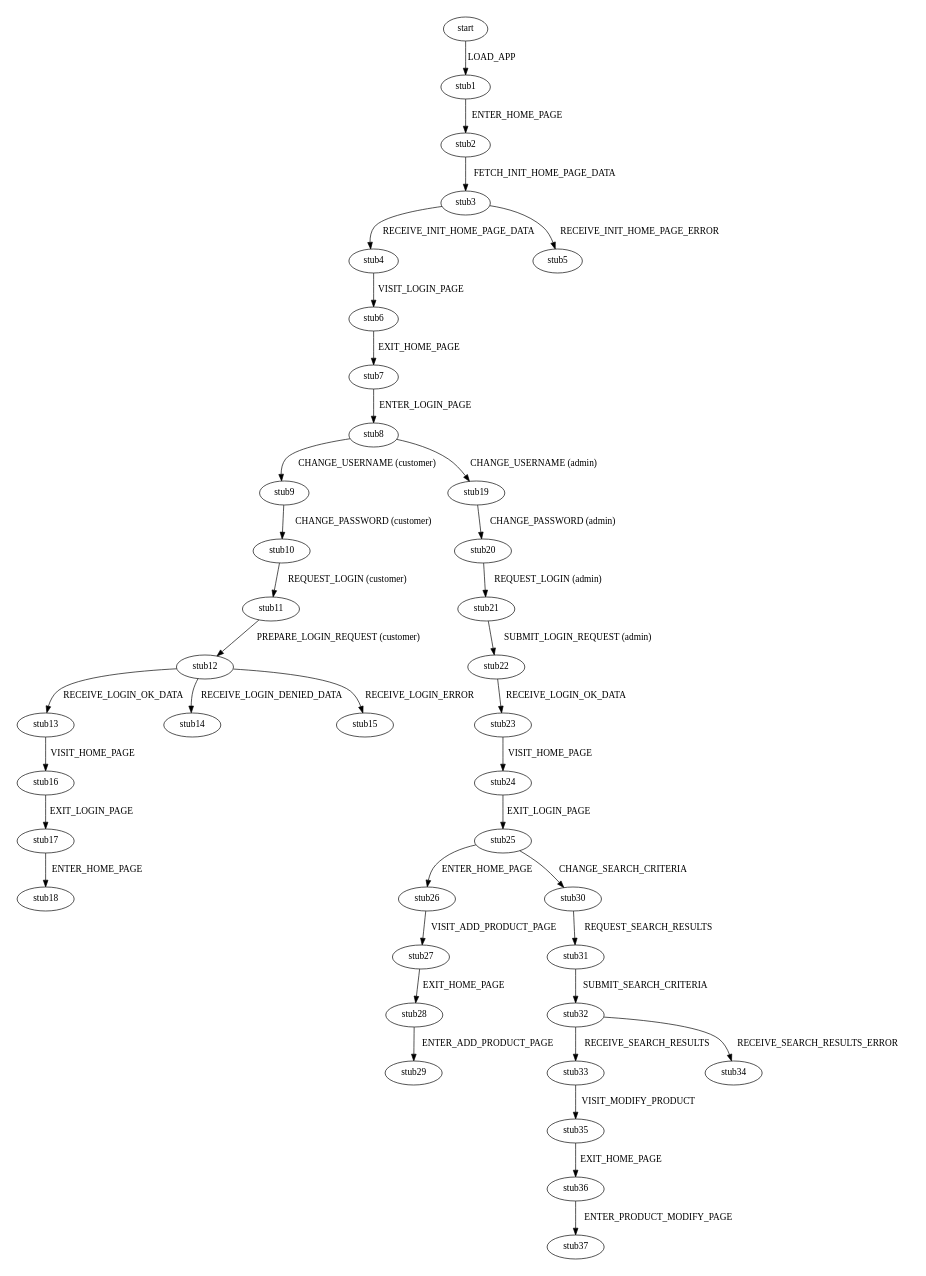
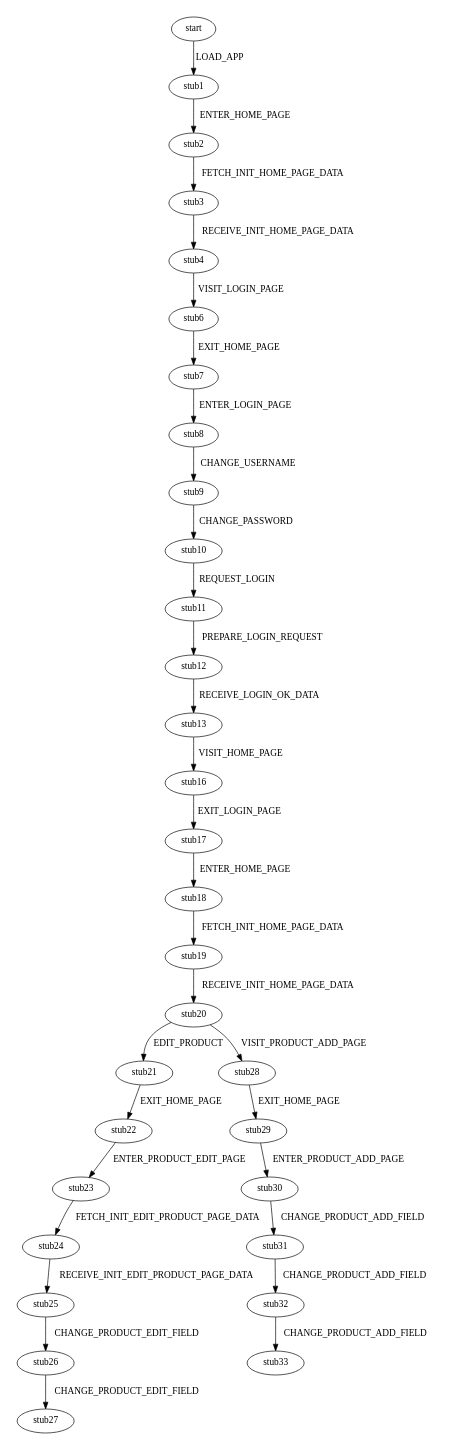
The diagram in src/stubs/graph.dot (supalogix/react-ecommerce-example), drawn with Graphviz before and after one commit. The commit also changed 29 other files, not shown here.

Commit message:
Add product edit feature

```diff
--- a/src/stubs/graph.dot
+++ b/src/stubs/graph.dot
@@ -1,42 +1,34 @@
 digraph finite_state_machine {
     pad = 0.25
 
     start -> stub1 [ label = "LOAD_APP" ]
     stub1 -> stub2 [ label = "ENTER_HOME_PAGE" ]
     stub2 -> stub3 [ label = "FETCH_INIT_HOME_PAGE_DATA" ]
     stub3 -> stub4 [ label = "RECEIVE_INIT_HOME_PAGE_DATA" ]
-    stub3 -> stub5 [ label = "RECEIVE_INIT_HOME_PAGE_ERROR" ]
     stub4 -> stub6 [ label = "VISIT_LOGIN_PAGE" ]
     stub6 -> stub7 [ label = "EXIT_HOME_PAGE" ]
     stub7 -> stub8 [ label = "ENTER_LOGIN_PAGE" ]
-    stub8 -> stub9 [ label = "CHANGE_USERNAME (customer)" ]
-    stub9 -> stub10 [ label = "CHANGE_PASSWORD (customer)" ]
-    stub10 -> stub11 [ label = "REQUEST_LOGIN (customer)" ]
-    stub11 -> stub12 [ label = "PREPARE_LOGIN_REQUEST (customer)" ]
+    stub8 -> stub9 [ label = "CHANGE_USERNAME" ]
+    stub9 -> stub10 [ label = "CHANGE_PASSWORD" ]
+    stub10 -> stub11 [ label = "REQUEST_LOGIN" ]
+    stub11 -> stub12 [ label = "PREPARE_LOGIN_REQUEST" ]
     stub12 -> stub13 [ label = "RECEIVE_LOGIN_OK_DATA" ]
-    stub12 -> stub14 [ label = "RECEIVE_LOGIN_DENIED_DATA" ]
-    stub12 -> stub15 [ label = "RECEIVE_LOGIN_ERROR" ]
     stub13 -> stub16 [ label = "VISIT_HOME_PAGE" ]
     stub16 -> stub17 [ label = "EXIT_LOGIN_PAGE" ]
     stub17 -> stub18 [ label = "ENTER_HOME_PAGE" ]
-
-    stub8 -> stub19 [ label = "CHANGE_USERNAME (admin)" ]
-    stub19 -> stub20 [ label = "CHANGE_PASSWORD (admin)" ]
-    stub20 -> stub21 [ label = "REQUEST_LOGIN (admin)" ]
-    stub21 -> stub22 [ label = "SUBMIT_LOGIN_REQUEST (admin)" ]
-    stub22 -> stub23 [ label = "RECEIVE_LOGIN_OK_DATA" ]
-    stub23 -> stub24 [ label = "VISIT_HOME_PAGE" ]
-    stub24 -> stub25 [ label = "EXIT_LOGIN_PAGE" ]
-    stub25 -> stub26 [ label = "ENTER_HOME_PAGE" ]
-    stub26 -> stub27 [ label = "VISIT_ADD_PRODUCT_PAGE" ]
-    stub27 -> stub28 [ label = "EXIT_HOME_PAGE" ]
-    stub28 -> stub29 [ label = "ENTER_ADD_PRODUCT_PAGE" ]
-    stub25 -> stub30 [ label = "CHANGE_SEARCH_CRITERIA" ]
-    stub30 -> stub31 [ label = "REQUEST_SEARCH_RESULTS" ]
-    stub31 -> stub32 [ label = "SUBMIT_SEARCH_CRITERIA" ]
-    stub32 -> stub33 [ label = "RECEIVE_SEARCH_RESULTS" ]
-    stub32 -> stub34 [ label = "RECEIVE_SEARCH_RESULTS_ERROR" ]
-    stub33 -> stub35 [ label = "VISIT_MODIFY_PRODUCT" ]
-    stub35 -> stub36 [ label = "EXIT_HOME_PAGE" ]
-    stub36 -> stub37 [ label = "ENTER_PRODUCT_MODIFY_PAGE" ]
+    stub18 -> stub19 [ label = "FETCH_INIT_HOME_PAGE_DATA" ]
+    stub19 -> stub20 [ label = "RECEIVE_INIT_HOME_PAGE_DATA" ]
+    stub20 -> stub21 [ label = "EDIT_PRODUCT" ]
+    stub21 -> stub22 [ label = "EXIT_HOME_PAGE" ]
+    stub22 -> stub23 [ label = "ENTER_PRODUCT_EDIT_PAGE" ]
+    stub23 -> stub24 [ label = "FETCH_INIT_EDIT_PRODUCT_PAGE_DATA" ]
+    stub24 -> stub25 [ label = "RECEIVE_INIT_EDIT_PRODUCT_PAGE_DATA" ]
+    stub25 -> stub26 [ label = "CHANGE_PRODUCT_EDIT_FIELD" ]
+    stub26 -> stub27 [ label = "CHANGE_PRODUCT_EDIT_FIELD" ]
+    stub20 -> stub28 [ label = "VISIT_PRODUCT_ADD_PAGE" ]
+    stub28 -> stub29 [ label = "EXIT_HOME_PAGE" ]
+    stub29 -> stub30 [ label = "ENTER_PRODUCT_ADD_PAGE" ]
+    stub30 -> stub31 [ label = "CHANGE_PRODUCT_ADD_FIELD" ]
+    stub31 -> stub32 [ label = "CHANGE_PRODUCT_ADD_FIELD" ]
+    stub32 -> stub33 [ label = "CHANGE_PRODUCT_ADD_FIELD" ]
 }
```
